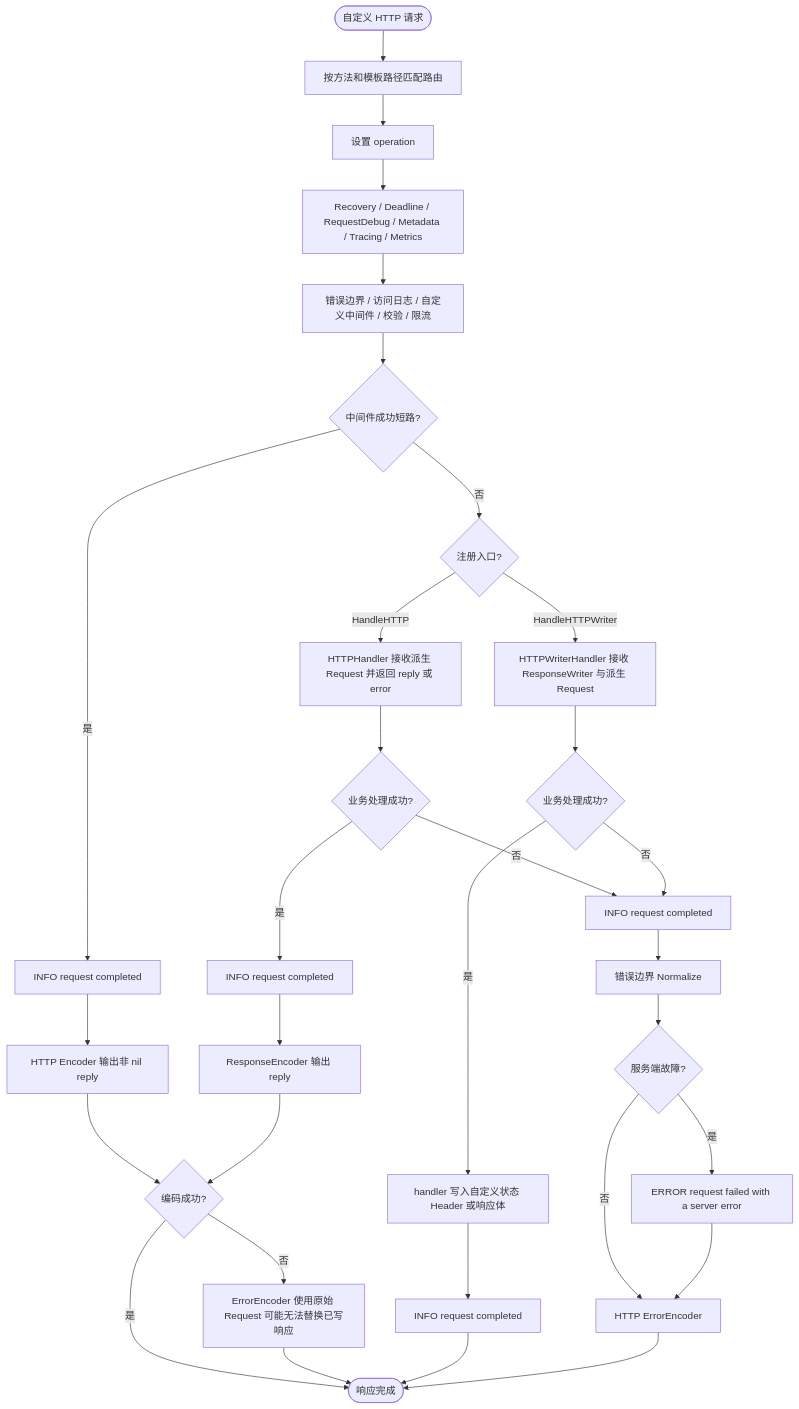
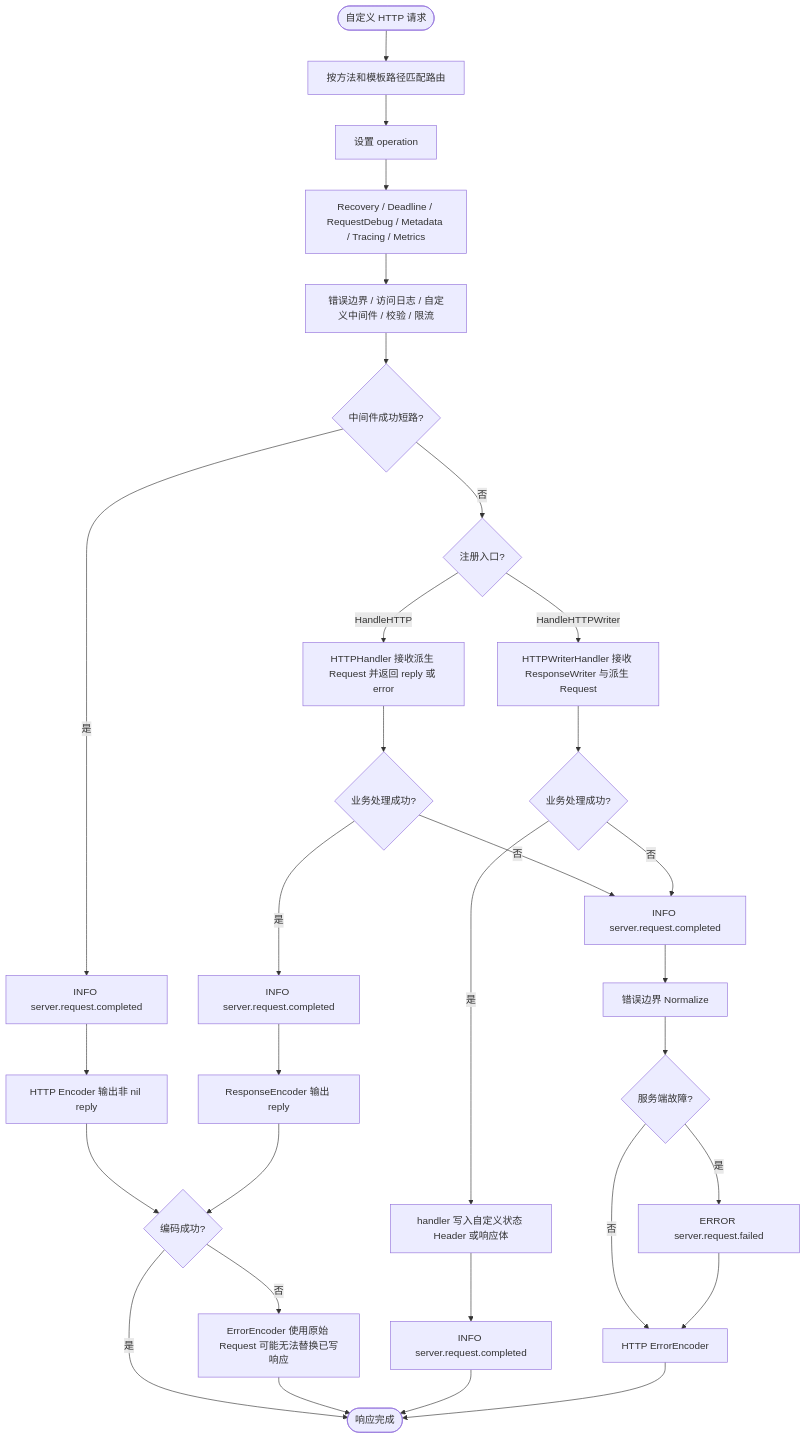
Before and after one commit to jaggerzhuang1994/kratos-foundation: the fifth of 11 diagrams in pkg/server/README.md, drawn with Mermaid. The commit also changed other lines of this file and 204 other files, not shown here.

````diff
--- a/pkg/server/README.md
+++ b/pkg/server/README.md
@@ -153,33 +207,33 @@
 ```mermaid
 flowchart TD
     A([自定义 HTTP 请求]) --> B[按方法和模板路径匹配路由]
     B --> C[设置 operation]
     C --> D[Recovery / Deadline / RequestDebug / Metadata / Tracing / Metrics]
     D --> E[错误边界 / 访问日志 / 自定义中间件 / 校验 / 限流]
     E --> P{中间件成功短路?}
-    P -- 是 --> Q[INFO request completed]
+    P -- 是 --> Q[INFO server.request.completed]
     Q --> R[HTTP Encoder 输出非 nil reply]
     R --> Z{编码成功?}
     Z -- 是 --> J
     Z -- 否 --> Y[ErrorEncoder 使用原始 Request 可能无法替换已写响应]
     Y --> J
     P -- 否 --> F{注册入口?}
     F -- HandleHTTP --> G[HTTPHandler 接收派生 Request 并返回 reply 或 error]
     G --> H{业务处理成功?}
-    H -- 是 --> I[INFO request completed]
+    H -- 是 --> I[INFO server.request.completed]
     I --> S[ResponseEncoder 输出 reply]
     S --> Z
     F -- HandleHTTPWriter --> T[HTTPWriterHandler 接收 ResponseWriter 与派生 Request]
     T --> U{业务处理成功?}
     U -- 是 --> V[handler 写入自定义状态 Header 或响应体]
-    V --> W[INFO request completed]
+    V --> W[INFO server.request.completed]
     W --> J([响应完成])
-    H -- 否 --> K[INFO request completed]
+    H -- 否 --> K[INFO server.request.completed]
     U -- 否 --> K
     K --> L[错误边界 Normalize]
     L --> O{服务端故障?}
-    O -- 是 --> M[ERROR request failed with a server error]
+    O -- 是 --> M[ERROR server.request.failed]
     O -- 否 --> N[HTTP ErrorEncoder]
     M --> N
     N --> J
 ```
````
